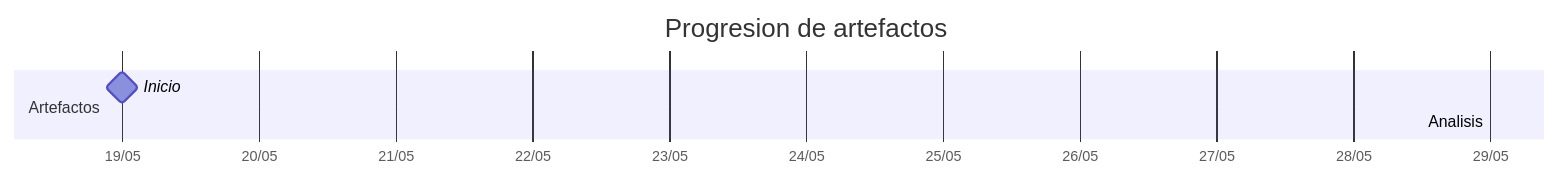
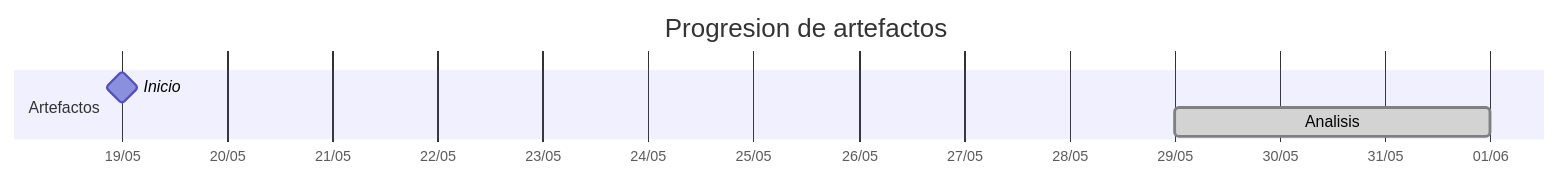
One commit to carlos-alvarado-25/25-26-idsw2-sdVC changed the diagram in TIMELINES/inigovaqueroo04.md. Above: the diagram before and after it, drawn with Mermaid. The commit also changed other lines of this file and 5 other files, not shown here.

````diff
--- a/TIMELINES/inigovaqueroo04.md
+++ b/TIMELINES/inigovaqueroo04.md
@@ -18,9 +18,9 @@
 ```mermaid
 gantt
     title Progresion de artefactos
     dateFormat YYYY-MM-DD
     axisFormat %d/%m
     section Artefactos
         Inicio       :milestone, 2026-05-19, 0d
-        Analisis     :done, 2026-05-29, 2026-05-29
+        Analisis     :done, 2026-05-29, 2026-06-01
 ```
````
